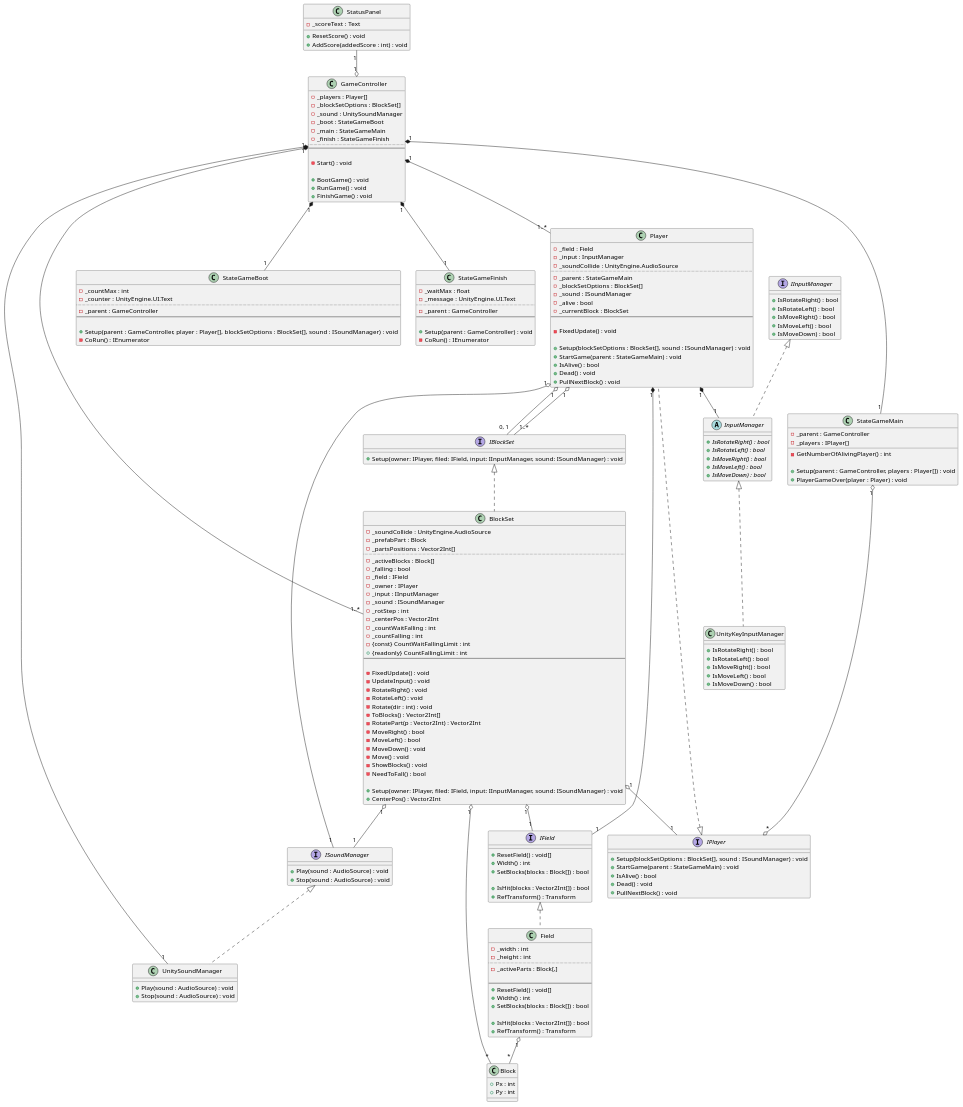
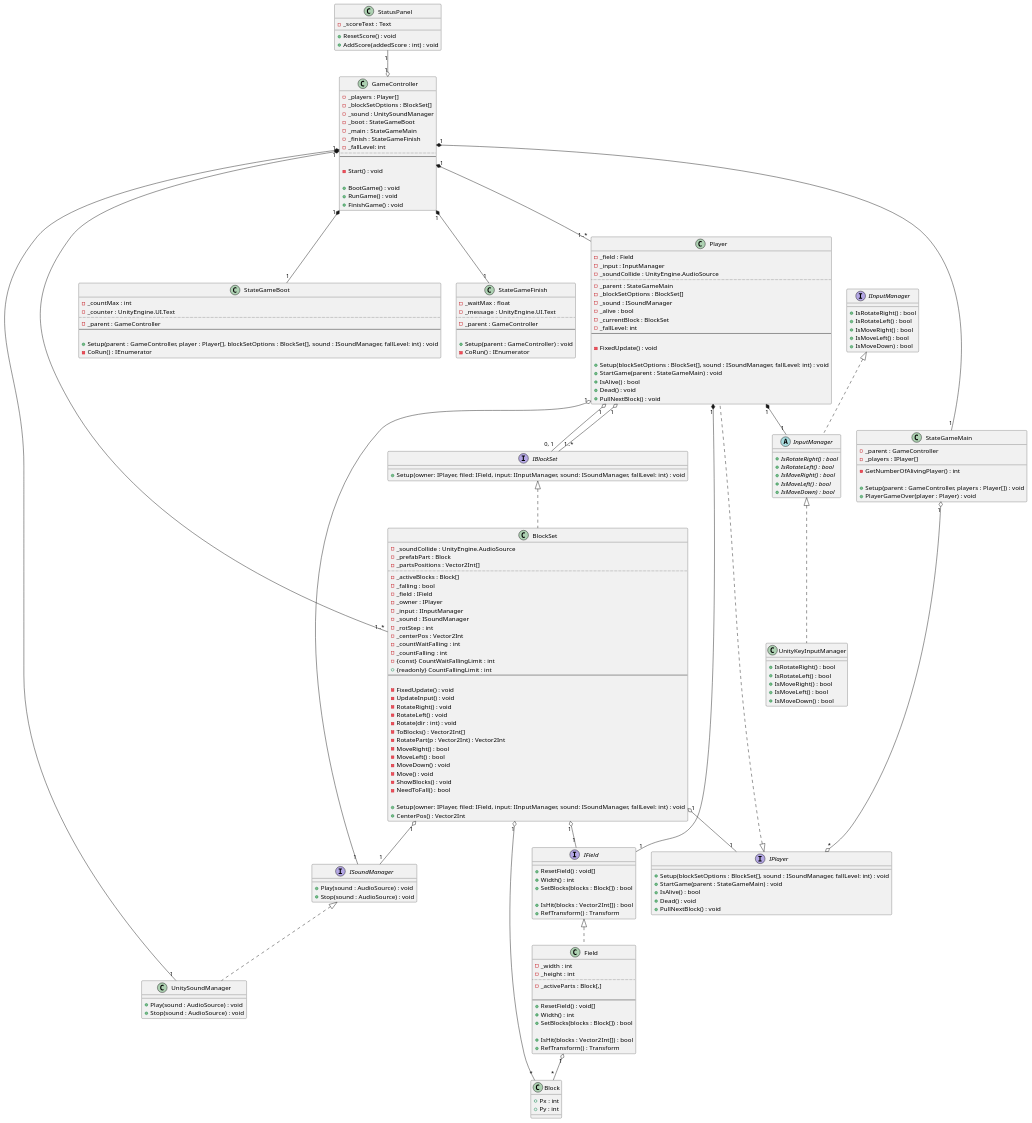
Before and after one commit to azarashin/UnityTetris: the diagram in Documents/PlantUML/CD_Main.pu, drawn with PlantUML. The commit also changed 8 other files, not shown here.

```diff
--- a/Documents/PlantUML/CD_Main.pu
+++ b/Documents/PlantUML/CD_Main.pu
@@ -44,6 +44,7 @@
     - _boot : StateGameBoot
     - _main : StateGameMain
     - _finish : StateGameFinish
+    - _fallLevel: int
     ..
     --
 
@@ -56,7 +57,7 @@
 
 interface IPlayer
 {
-    + Setup(blockSetOptions : BlockSet[], sound : ISoundManager) : void
+    + Setup(blockSetOptions : BlockSet[], sound : ISoundManager, fallLevel: int) : void
     + StartGame(parent : StateGameMain) : void
     + IsAlive() : bool
     + Dead() : void
@@ -75,11 +76,12 @@
     - _sound : ISoundManager
     - _alive : bool
     - _currentBlock : BlockSet
+    - _fallLevel: int
     --
 
     - FixedUpdate() : void
 
-    + Setup(blockSetOptions : BlockSet[], sound : ISoundManager) : void
+    + Setup(blockSetOptions : BlockSet[], sound : ISoundManager, fallLevel: int) : void
     + StartGame(parent : StateGameMain) : void
     + IsAlive() : bool
     + Dead() : void
@@ -94,7 +96,7 @@
     - _parent : GameController
     --
 
-    + Setup(parent : GameController, player : Player[], blockSetOptions : BlockSet[], sound : ISoundManager) : void
+    + Setup(parent : GameController, player : Player[], blockSetOptions : BlockSet[], sound : ISoundManager, fallLevel: int) : void
     - CoRun() : IEnumerator
 }
 
@@ -150,7 +152,7 @@
 
 interface IBlockSet
 {
-    + Setup(owner: IPlayer, filed: IField, input: IInputManager, sound: ISoundManager) : void
+    + Setup(owner: IPlayer, filed: IField, input: IInputManager, sound: ISoundManager, fallLevel: int) : void
 }
 
 ' ブロックの状態を管理する
@@ -190,7 +192,7 @@
     - ShowBlocks() : void
     - NeedToFall() : bool
 
-    + Setup(owner: IPlayer, filed: IField, input: IInputManager, sound: ISoundManager) : void
+    + Setup(owner: IPlayer, filed: IField, input: IInputManager, sound: ISoundManager, fallLevel: int) : void
     + CenterPos() : Vector2Int
 }
 
```
